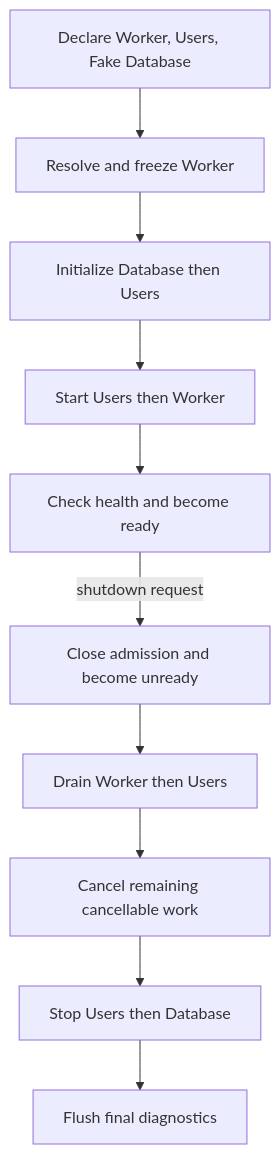
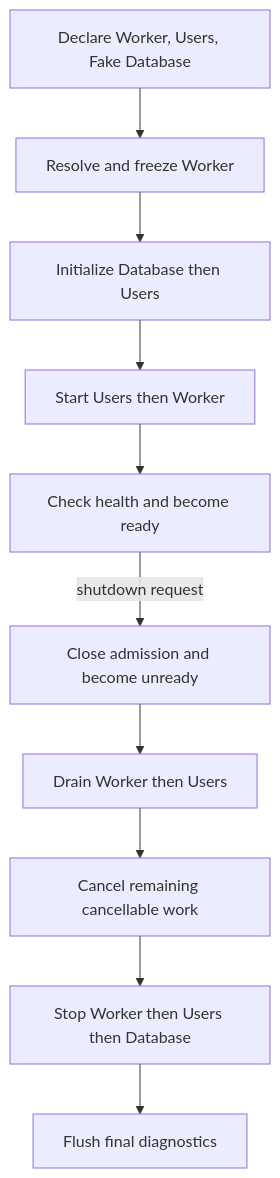
Before and after one commit to rustclamp/rustclamp: the diagram in examples/05-lifecycle/README.md, drawn with Mermaid. The commit also changed other lines of this file and 3 other files, not shown here.

````diff
--- a/examples/05-lifecycle/README.md
+++ b/examples/05-lifecycle/README.md
@@ -11,12 +11,12 @@
 ```mermaid
 flowchart TD
     Blueprint[Declare Worker, Users, Fake Database] --> Freeze[Resolve and freeze Worker]
     Freeze --> Init[Initialize Database then Users]
     Init --> Start[Start Users then Worker]
     Start --> Ready[Check health and become ready]
     Ready -->|shutdown request| Unready[Close admission and become unready]
     Unready --> Drain[Drain Worker then Users]
     Drain --> Cancel[Cancel remaining cancellable work]
-    Cancel --> Stop[Stop Users then Database]
+    Cancel --> Stop[Stop Worker then Users then Database]
     Stop --> Flush[Flush final diagnostics]
 ```
````
